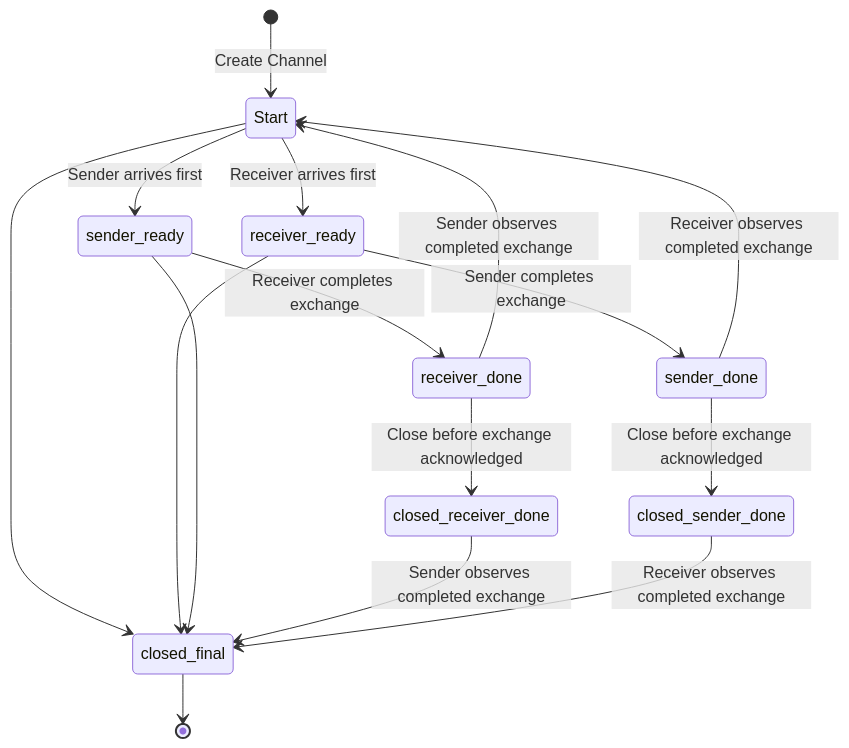
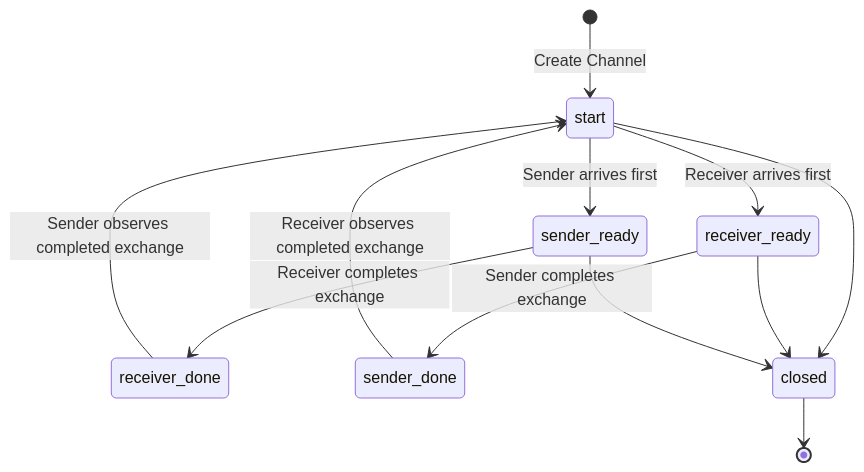
One commit to goose-lang/goose changed the diagram in channel/README.md. Above: the diagram before and after it, drawn with Mermaid. The commit also changed 1 other file, not shown here.

Commit message:
Remove closed_sender_done and closed_receiver_done states from channel model. (#68)

````diff
--- a/channel/README.md
+++ b/channel/README.md
@@ -13,18 +13,14 @@
 ```mermaid
 stateDiagram-v2
-	[*] --> Start: Create Channel
-    Start-->sender_ready: Sender arrives first
-    Start-->receiver_ready: Receiver arrives first
+	[*] --> start: Create Channel
+    start-->sender_ready: Sender arrives first
+    start-->receiver_ready: Receiver arrives first
     sender_ready-->receiver_done: Receiver completes exchange
     receiver_ready-->sender_done: Sender completes exchange
-    receiver_done-->Start: Sender observes completed exchange
-    sender_done-->Start: Receiver observes completed exchange
-    Start-->closed_final
-    receiver_done-->closed_receiver_done: Close before exchange acknowledged
-    sender_done-->closed_sender_done: Close before exchange acknowledged
-    receiver_ready-->closed_final
-    sender_ready-->closed_final
-    closed_receiver_done --> closed_final: Sender observes completed exchange
-    closed_sender_done --> closed_final: Receiver observes completed exchange
-    closed_final-->[*]
+    receiver_done-->start: Sender observes completed exchange
+    sender_done-->start: Receiver observes completed exchange
+    start-->closed
+    receiver_ready-->closed
+    sender_ready-->closed
+    closed-->[*]
 ```
````
